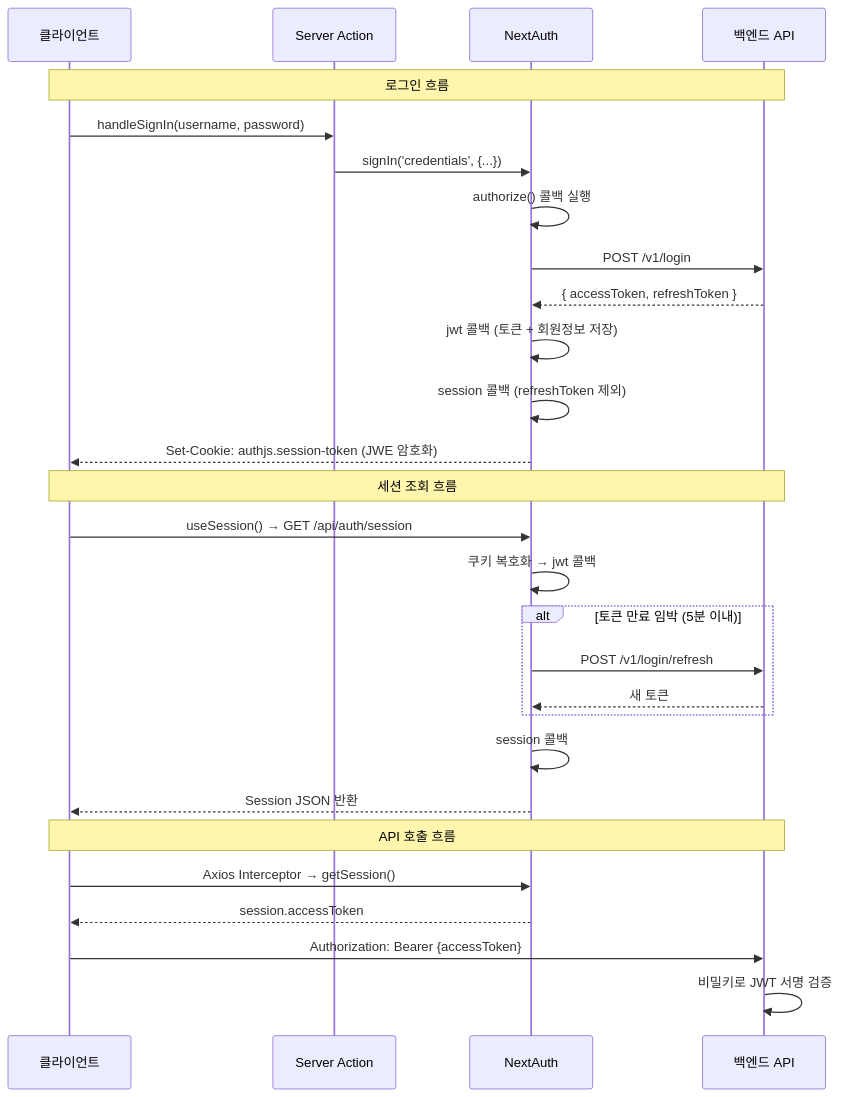
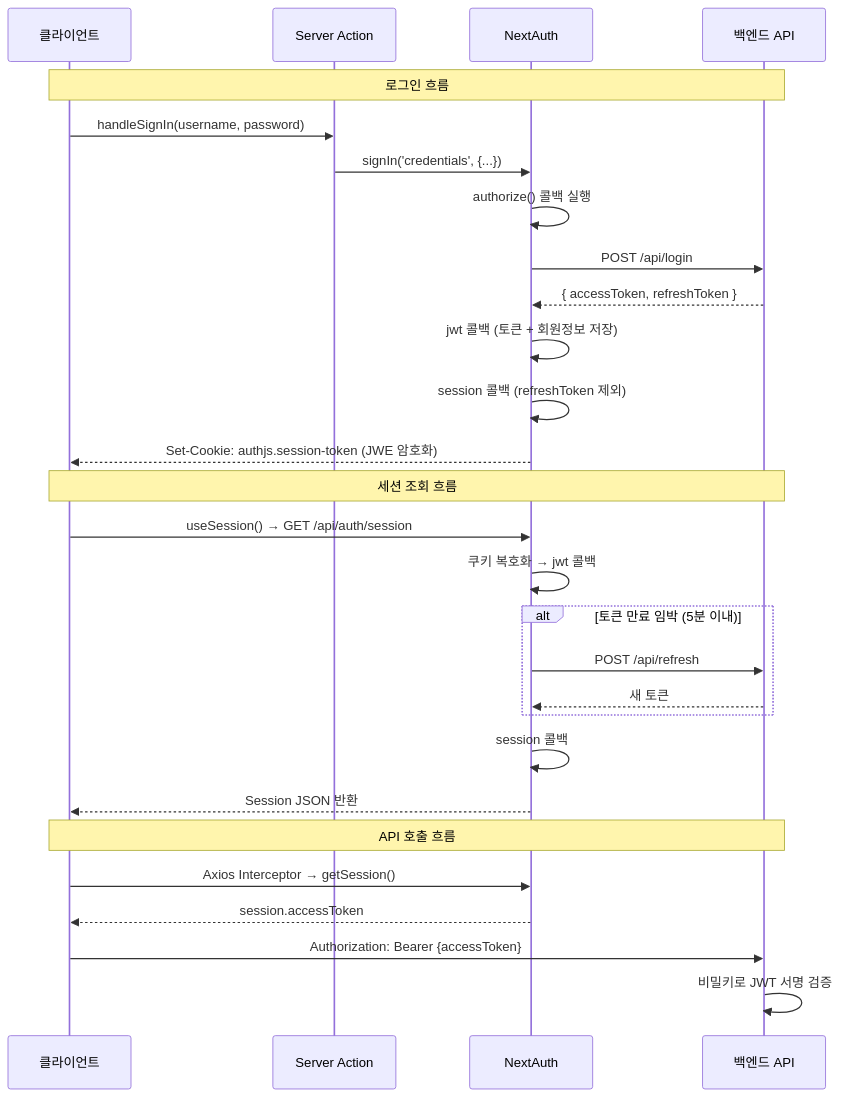
The diagram in content/2026-02-14-nextauth-web-security/index.md (253eosam/253eosam.github.io), drawn with Mermaid before and after one commit. The commit also changed other lines of this file, not shown here.

````diff
--- a/content/2026-02-14-nextauth-web-security/index.md
+++ b/content/2026-02-14-nextauth-web-security/index.md
@@ -285,33 +276,33 @@
 ```mermaid
 sequenceDiagram
     participant C as 클라이언트
     participant SA as Server Action
     participant NA as NextAuth
     participant BE as 백엔드 API
 
     Note over C,BE: 로그인 흐름
     C->>SA: handleSignIn(username, password)
     SA->>NA: signIn('credentials', {...})
     NA->>NA: authorize() 콜백 실행
-    NA->>BE: POST /v1/login
+    NA->>BE: POST /api/login
     BE-->>NA: { accessToken, refreshToken }
     NA->>NA: jwt 콜백 (토큰 + 회원정보 저장)
     NA->>NA: session 콜백 (refreshToken 제외)
     NA-->>C: Set-Cookie: authjs.session-token (JWE 암호화)
 
     Note over C,BE: 세션 조회 흐름
     C->>NA: useSession() → GET /api/auth/session
     NA->>NA: 쿠키 복호화 → jwt 콜백
     alt 토큰 만료 임박 (5분 이내)
-        NA->>BE: POST /v1/login/refresh
+        NA->>BE: POST /api/refresh
         BE-->>NA: 새 토큰
     end
     NA->>NA: session 콜백
     NA-->>C: Session JSON 반환
 
     Note over C,BE: API 호출 흐름
     C->>NA: Axios Interceptor → getSession()
     NA-->>C: session.accessToken
     C->>BE: Authorization: Bearer {accessToken}
     BE->>BE: 비밀키로 JWT 서명 검증
 ```
````
